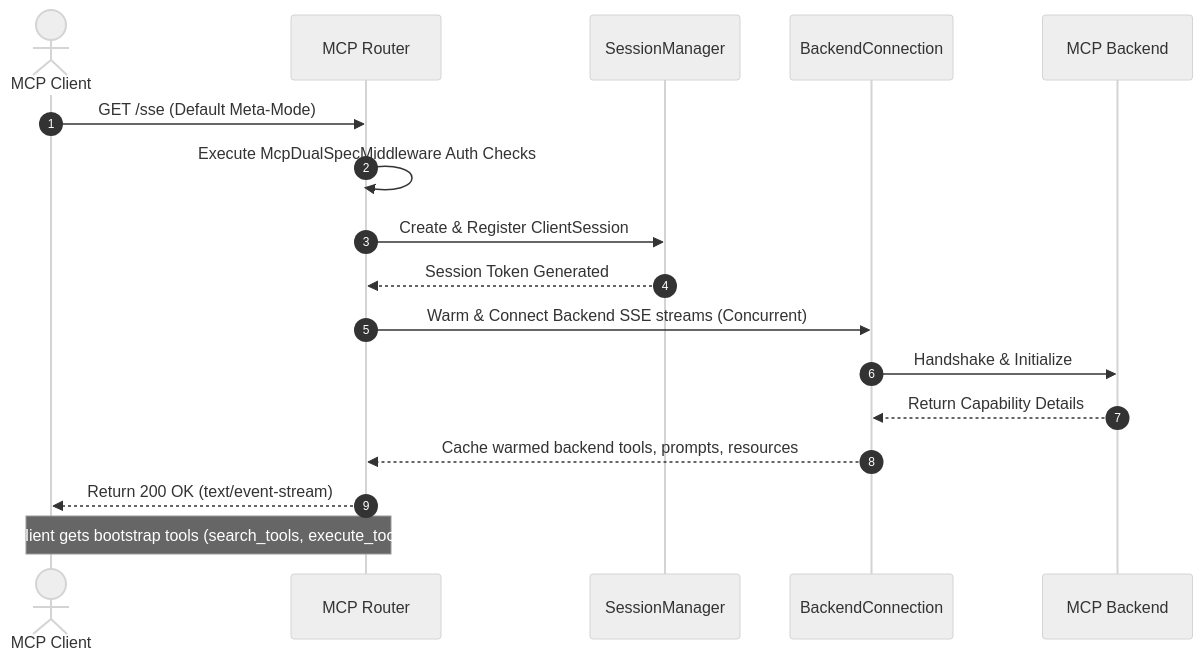
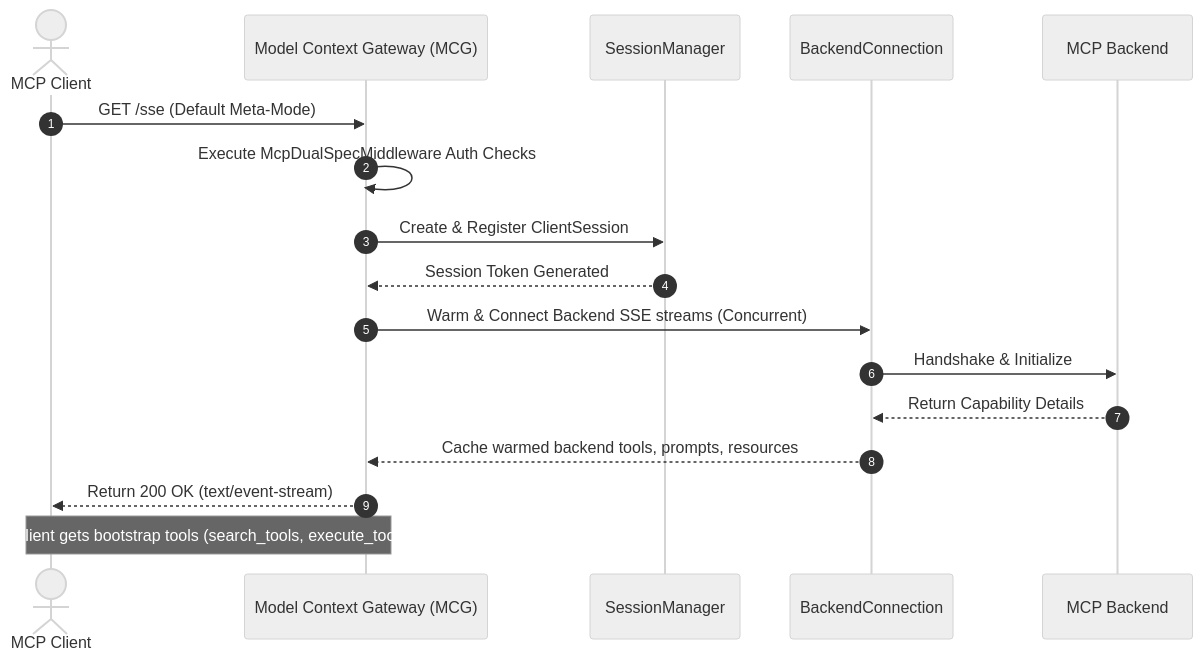
The second of 5 diagrams in ARCHITECTURE.md (spelech/CSharp-MCP-Router), drawn with Mermaid (neutral theme) before and after one commit. The commit also changed other lines of this file and 25 other files, not shown here.

Commit message:
docs: complete comprehensive branding sweep to Model Context Gateway (MCG)

````diff
--- a/ARCHITECTURE.md
+++ b/ARCHITECTURE.md
@@ -83,20 +83,20 @@
 ```mermaid
 sequenceDiagram
     autonumber
     actor Client as MCP Client
-    participant Router as MCP Router
+    participant Router as Model Context Gateway (MCG)
     participant SessionMgr as SessionManager
     participant BackendConn as BackendConnection
     participant Downstream as MCP Backend
 
     Client->>Router: GET /sse (Default Meta-Mode)
     Router->>Router: Execute McpDualSpecMiddleware Auth Checks
     Router->>SessionMgr: Create & Register ClientSession
     SessionMgr-->>Router: Session Token Generated
     Router->>BackendConn: Warm & Connect Backend SSE streams (Concurrent)
     BackendConn->>Downstream: Handshake & Initialize
     Downstream-->>BackendConn: Return Capability Details
     BackendConn-->>Router: Cache warmed backend tools, prompts, resources
     Router-->>Client: Return 200 OK (text/event-stream)
     Note over Client,Router: Client gets bootstrap tools (search_tools, execute_tool)
 ```
````
